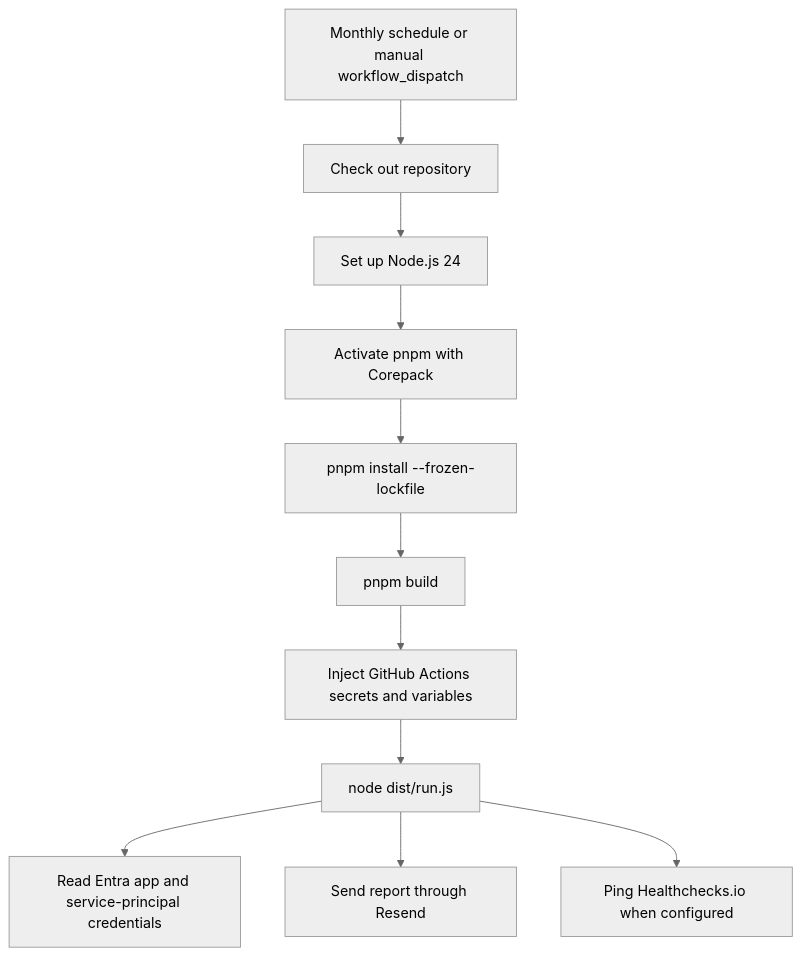
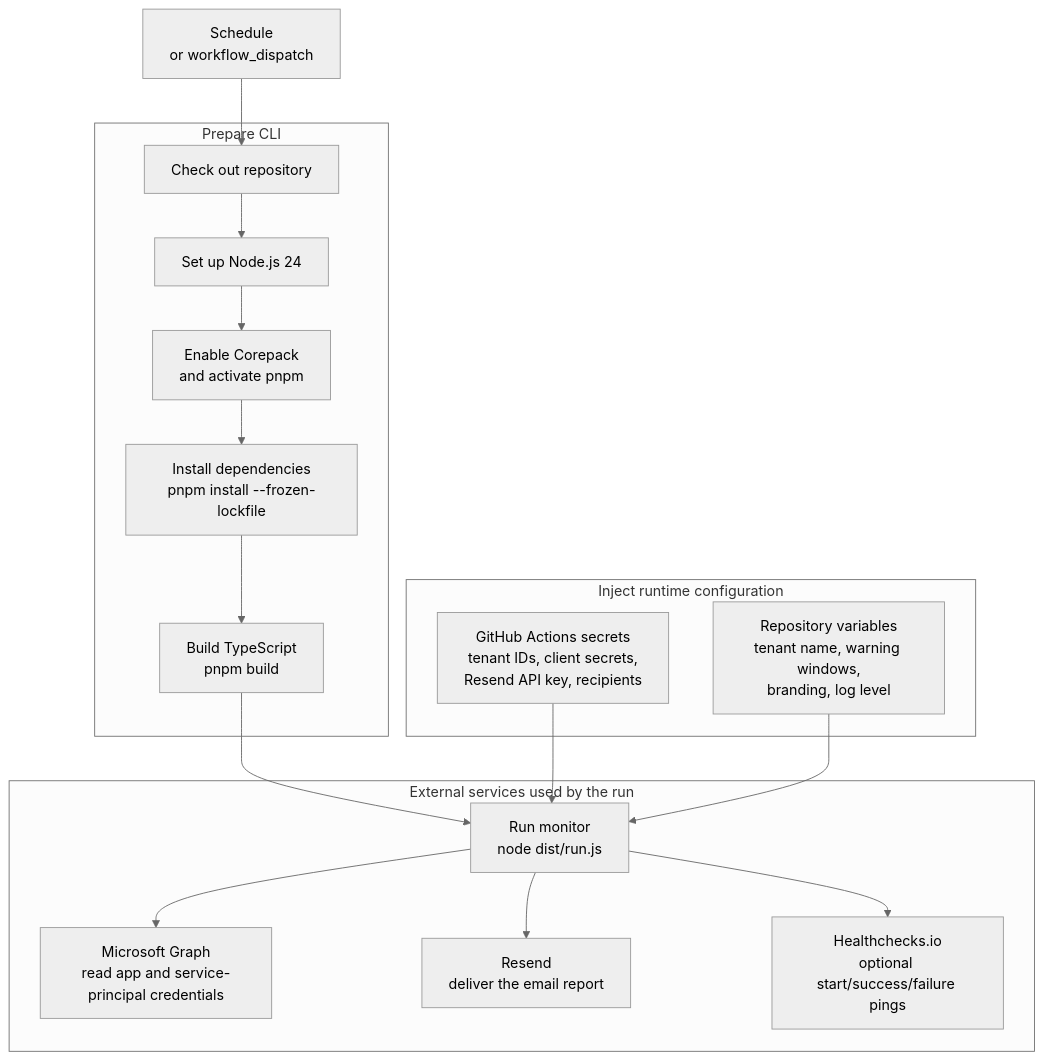
The diagram in docs/github-actions.md (Peculiar-Cloud/Entra-Credential-Monitor), drawn with Mermaid (neutral theme) before and after one commit. The commit also changed other lines of this file and 1 other file, not shown here.

Commit message:
Clarify Mermaid diagrams

````diff
--- a/docs/github-actions.md
+++ b/docs/github-actions.md
@@ -12,13 +15,26 @@
 ```mermaid
 flowchart TD
-  Trigger["Monthly schedule or manual workflow_dispatch"] --> Checkout["Check out repository"]
-  Checkout --> Node["Set up Node.js 24"]
-  Node --> Pnpm["Activate pnpm with Corepack"]
-  Pnpm --> Install["pnpm install --frozen-lockfile"]
-  Install --> Build["pnpm build"]
-  Build --> Secrets["Inject GitHub Actions secrets and variables"]
-  Secrets --> Monitor["node dist/run.js"]
-  Monitor --> Graph["Read Entra app and service-principal credentials"]
-  Monitor --> Resend["Send report through Resend"]
-  Monitor --> Healthchecks["Ping Healthchecks.io when configured"]
+  Trigger["Schedule<br/>or workflow_dispatch"] --> Checkout
+
+  subgraph Prepare["Prepare CLI"]
+    Checkout["Check out repository"] --> Node["Set up Node.js 24"]
+    Node --> Pnpm["Enable Corepack<br/>and activate pnpm"]
+    Pnpm --> Install["Install dependencies<br/>pnpm install --frozen-lockfile"]
+    Install --> Build["Build TypeScript<br/>pnpm build"]
+  end
+
+  subgraph RuntimeConfig["Inject runtime configuration"]
+    Secrets["GitHub Actions secrets<br/>tenant IDs, client secrets,<br/>Resend API key, recipients"]
+    Vars["Repository variables<br/>tenant name, warning windows,<br/>branding, log level"]
+  end
+
+  Build --> Run["Run monitor<br/>node dist/run.js"]
+  Secrets --> Run
+  Vars --> Run
+
+  subgraph ExternalServices["External services used by the run"]
+    Run --> Graph["Microsoft Graph<br/>read app and service-principal credentials"]
+    Run --> Resend["Resend<br/>deliver the email report"]
+    Run --> Healthchecks["Healthchecks.io<br/>optional start/success/failure pings"]
+  end
 ```
````
